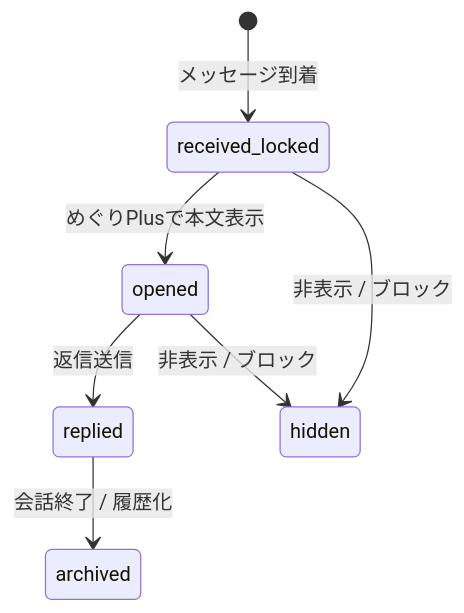
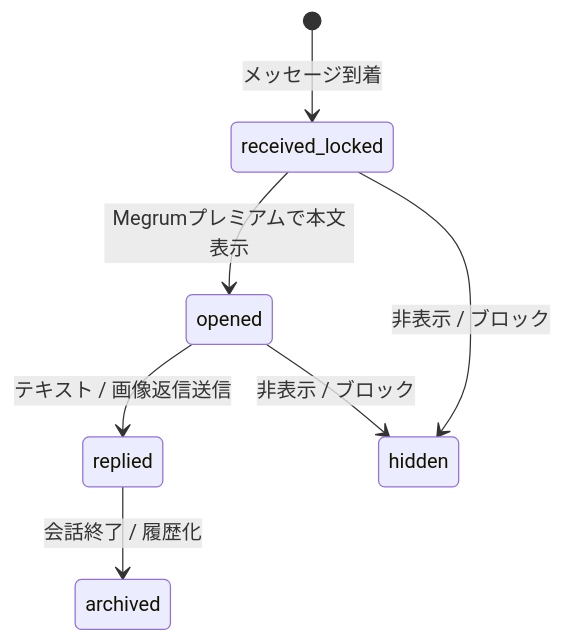
Diagram 11 of 17 in notes/09_state_machines.md (mashimabizz/Megrum_design), drawn with Mermaid before and after one commit. The commit also changed other lines of this file and 505 other files, not shown here.

````diff
--- a/notes/09_state_machines.md
+++ b/notes/09_state_machines.md
@@ -623,9 +623,9 @@
 ```mermaid
 stateDiagram-v2
     [*] --> received_locked: メッセージ到着
-    received_locked --> opened: めぐりPlusで本文表示
-    opened --> replied: 返信送信
+    received_locked --> opened: Megrumプレミアムで本文表示
+    opened --> replied: テキスト / 画像返信送信
     received_locked --> hidden: 非表示 / ブロック
     opened --> hidden: 非表示 / ブロック
     replied --> archived: 会話終了 / 履歴化
 ```
````
